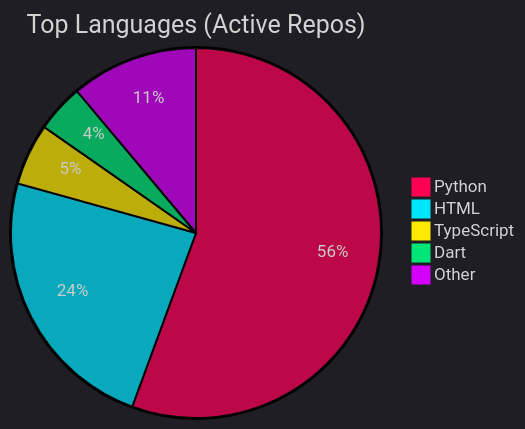
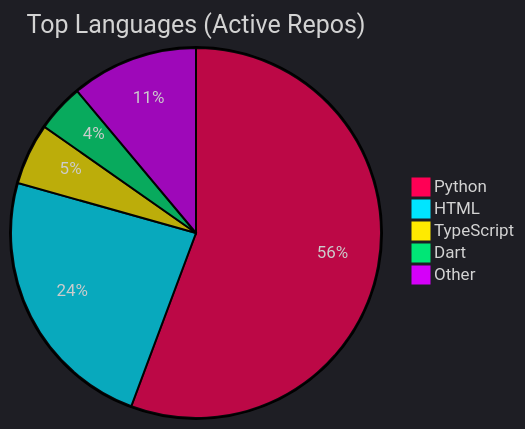
Before and after one commit to Nzettodess/Nzettodess: the diagram in README.md, drawn with Mermaid. The commit also changed other lines of this file, not shown here.

Commit message:
Update recent activity [skip ci]

````diff
--- a/README.md
+++ b/README.md
@@ -35,9 +35,9 @@
 ```mermaid
 %%{init: {'theme': 'dark', 'themeVariables': { 'pie1': '#FF0055', 'pie2': '#00E5FF', 'pie3': '#FFEA00', 'pie4': '#00E676', 'pie5': '#D500F9' }}}%%
 pie title Top Languages (Active Repos)
-    "Python" : 55.60
-    "HTML" : 23.71
-    "TypeScript" : 5.39
-    "Dart" : 4.19
-    "Other" : 11.11
+    "Python" : 55.69
+    "HTML" : 23.67
+    "TypeScript" : 5.37
+    "Dart" : 4.18
+    "Other" : 11.09
 ```
````
